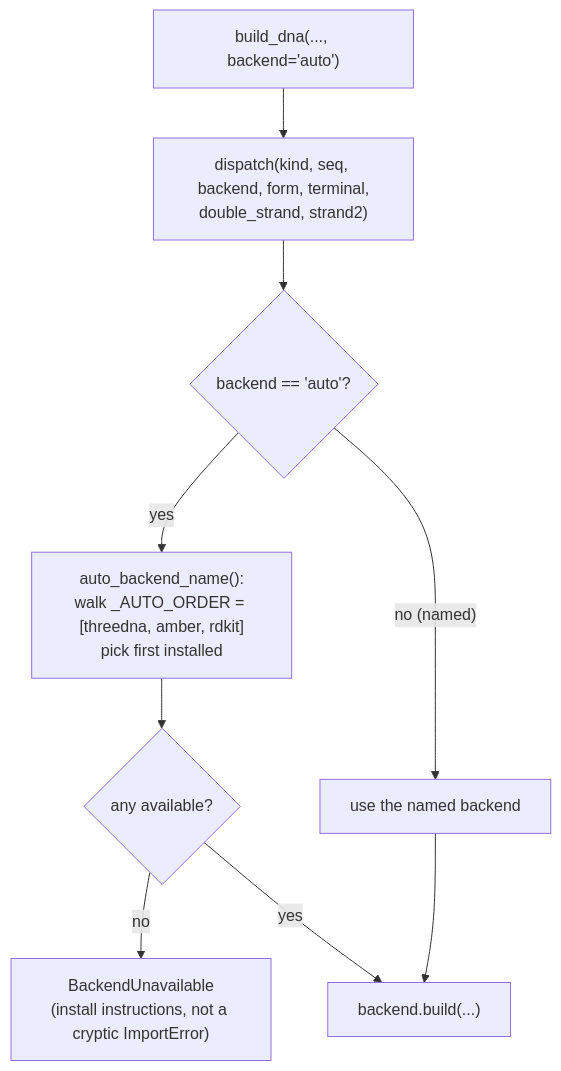
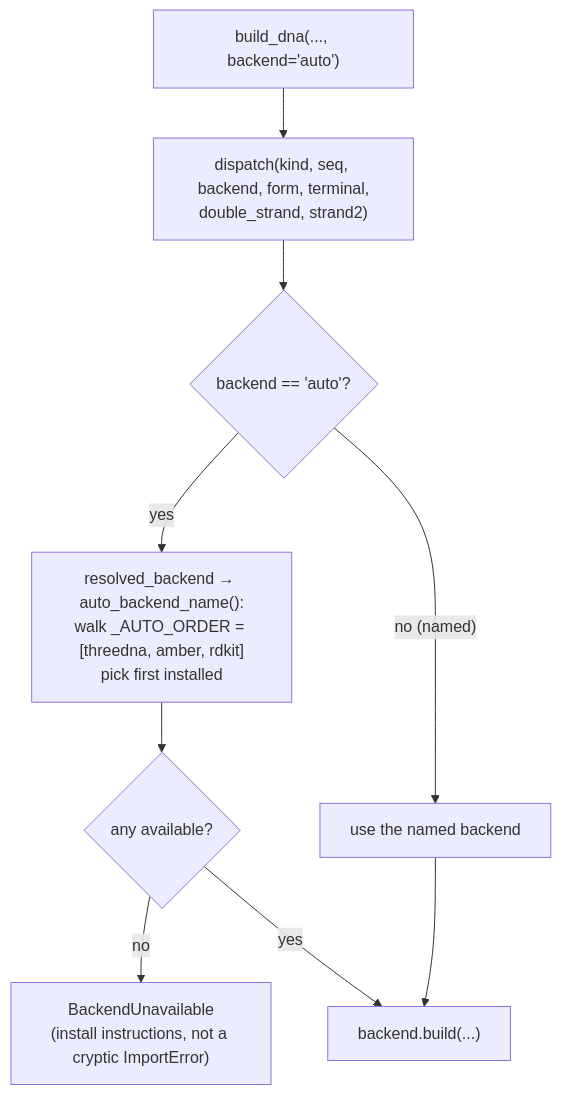
Before and after one commit to Qing-LAB/molbuilder: the third of 4 diagrams in docs/engines/builders.md, drawn with Mermaid. The commit also changed other lines of this file and 84 other files, not shown here.

````diff
--- a/docs/engines/builders.md
+++ b/docs/engines/builders.md
@@ -199,11 +229,11 @@
 ```mermaid
 flowchart TD
     REQ["build_dna(..., backend='auto')"] --> DISP["dispatch(kind, seq, backend, form, terminal,<br/>double_strand, strand2)"]
     DISP --> AUTO{"backend == 'auto'?"}
-    AUTO -->|yes| ORDER["auto_backend_name():<br/>walk _AUTO_ORDER = [threedna, amber, rdkit]<br/>pick first installed"]
+    AUTO -->|yes| ORDER["resolved_backend → auto_backend_name():<br/>walk _AUTO_ORDER = [threedna, amber, rdkit]<br/>pick first installed"]
     AUTO -->|"no (named)"| NAMED["use the named backend"]
     ORDER --> NONE{"any available?"}
     NONE -->|no| ERR["BackendUnavailable<br/>(install instructions, not a cryptic ImportError)"]
     NONE -->|yes| RUN["backend.build(...)"]
     NAMED --> RUN
 ```
````
